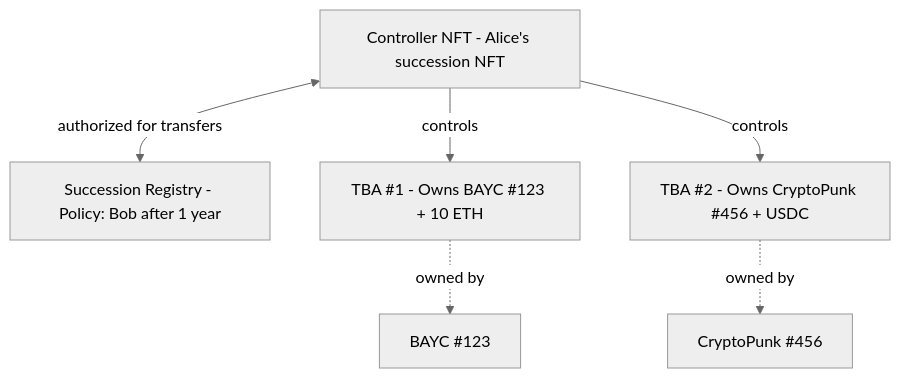
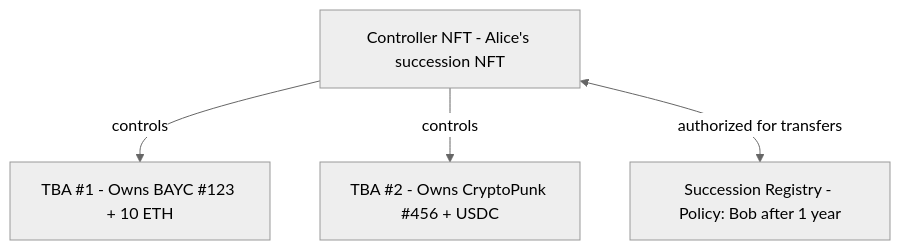
One commit to perdura/succession-controlled-accounts changed the tenth of 16 diagrams in docs/Diagrams.md. Above: the diagram before and after it, drawn with Mermaid (neutral theme). The commit also changed other lines of this file, not shown here.

Commit message:
docs: fix diagram clarity issues
- Clarify Controller NFT controls TBA relationship (not ambiguous ownership)
- Fix Charlie/Carol naming consistency in multi-generational succession

````diff
--- a/docs/Diagrams.md
+++ b/docs/Diagrams.md
@@ -289,16 +289,11 @@
 ```mermaid
 flowchart TB
     CNFT[Controller NFT - Alice's succession NFT]
     Registry[Succession Registry - Policy: Bob after 1 year]
     TBA1[TBA #1 - Owns BAYC #123 + 10 ETH]
     TBA2[TBA #2 - Owns CryptoPunk #456 + USDC]
-    NFT1[BAYC #123]
-    NFT2[CryptoPunk #456]
     
     CNFT -->|controls| TBA1
     CNFT -->|controls| TBA2
     CNFT <-->|authorized for transfers| Registry
-    
-    TBA1 -.->|owned by| NFT1
-    TBA2 -.->|owned by| NFT2
 ```
````
